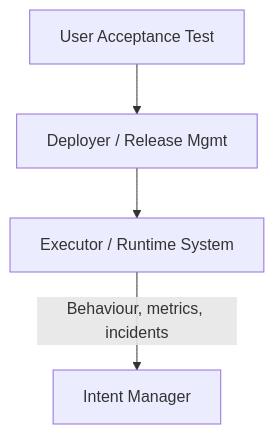
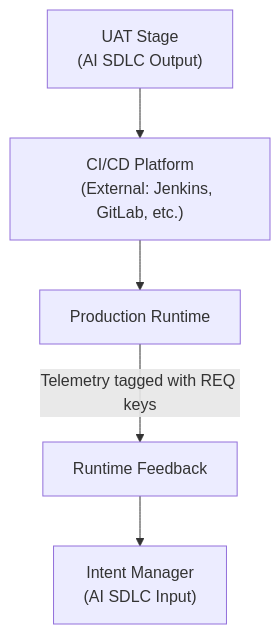
Before and after one commit to foolishimp/AI_SDLC_Context: the ninth of 15 diagrams in docs/ai_sdlc_guide.md, drawn with Mermaid. The commit also changed other lines of this file, not shown here.

First line of the commit message:
Replace deployment section with runtime feedback integration (deployment is external)

````diff
--- a/docs/ai_sdlc_guide.md
+++ b/docs/ai_sdlc_guide.md
@@ -1362,6 +1359,10 @@
 ```mermaid
 flowchart TD
-    UAT["User Acceptance Test"] --> D["Deployer / Release Mgmt"]
-    D --> EX["Executor / Runtime System"]
-    EX -->|"Behaviour, metrics, incidents"| IM["Intent Manager"]
+    UAT["UAT Stage
+    (AI SDLC Output)"] --> CICD["CI/CD Platform
+    (External: Jenkins, GitLab, etc.)"]
+    CICD --> PROD["Production Runtime"]
+    PROD -->|"Telemetry tagged with REQ keys"| FEEDBACK["Runtime Feedback"]
+    FEEDBACK --> INTENT["Intent Manager
+    (AI SDLC Input)"]
 ```
````
